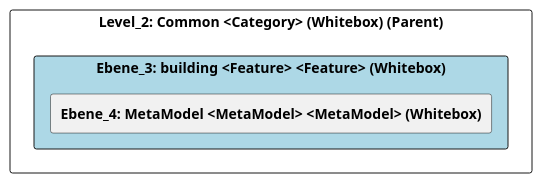
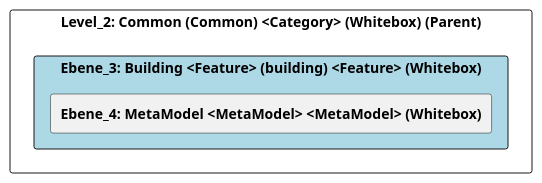
One commit to marcozwyssig/cleon changed the diagram in doc/cleonproject_deliverables_architecture_model_architecture/adoc/de/05_bausteinsicht/cleon/common/building/ebene_3_building.adoc. Above: the diagram before and after it, drawn with PlantUML. The commit also changed other lines of this file and 166 other files, not shown here.

```diff
--- a/doc/cleonproject_deliverables_architecture_model_architecture/adoc/de/05_bausteinsicht/cleon/common/building/ebene_3_building.adoc
+++ b/doc/cleonproject_deliverables_architecture_model_architecture/adoc/de/05_bausteinsicht/cleon/common/building/ebene_3_building.adoc
@@ -20,26 +20,26 @@
-[plantuml, Ebene_3: building <Feature> <Feature> (Whitebox)BlockOverview, format="svg"]
+[plantuml, Ebene_3: Building <Feature> (building) <Feature> (Whitebox)BlockOverview, format="svg"]
 ----
-@startuml Ebene_3: building <Feature> <Feature> (Whitebox)BuildingBlockOverview
+@startuml Ebene_3: Building <Feature> (building) <Feature> (Whitebox)BuildingBlockOverview
 
 skinparam ranksep 10
 skinparam componentStyle rectangle
 skinparam shadowing false
 skinparam arrowColor lightblue
 skinparam arrowThickness 1.2
 skinparam rectangle {
   BackgroundColor White
   BorderColor #333
   RoundCorner 10
 }
 top to bottom direction
 
-component "Level_2: Common <Category> (Whitebox) (Parent)" {
-    component "Ebene_3: building <Feature> <Feature> (Whitebox)" #lightblue {
+component "Level_2: Common (Common) <Category> (Whitebox) (Parent)" {
+    component "Ebene_3: Building <Feature> (building) <Feature> (Whitebox)" #lightblue {
         [**Ebene_4: MetaModel <MetaModel> <MetaModel> (Whitebox)**] as 4A56DE55_D579_11EE_903E_9F564E4DE07E
     }
 
     
 }
 
 @enduml
 ----
```
